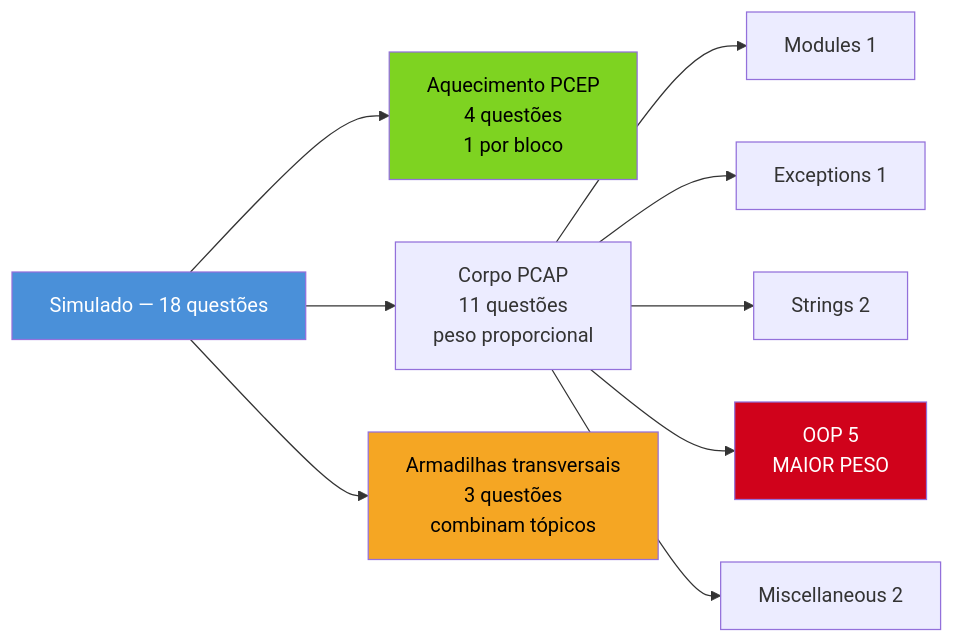
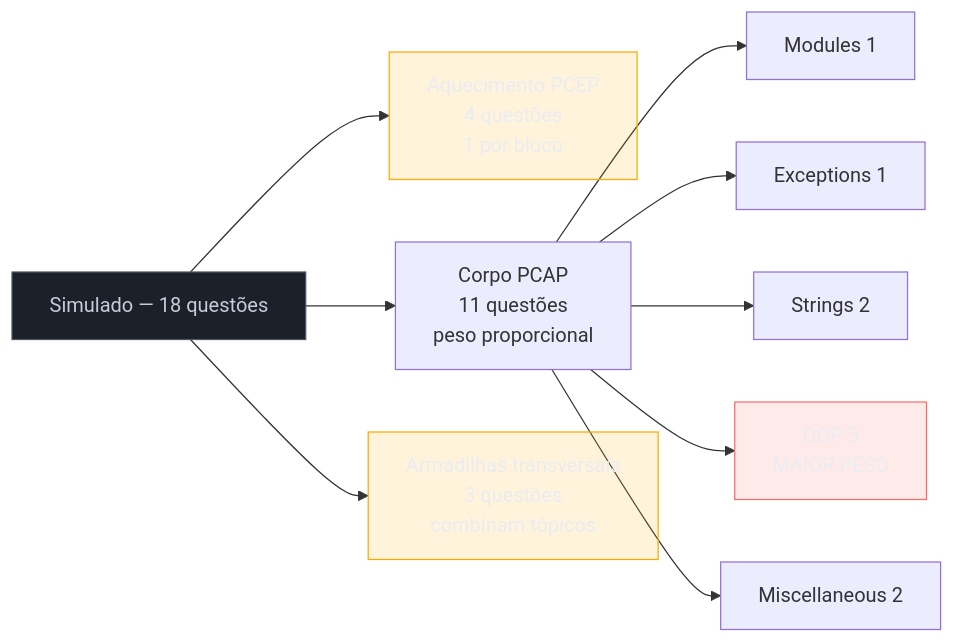
The first of 2 diagrams in 03-Dominios/Tecnologia/Python/Certificação (PCEP-PCAP)/08 - Capstone — simulado comentado PCEP + PCAP.md (josenaldo/codex-technomanticus), drawn with Mermaid before and after one commit. The commit also changed other lines of this file and 1181 other files, not shown here.

First line of the commit message:
fix(diagramas): paleta do sistema no lugar de cor cravada no markdown

````diff
--- a/03-Dominios/Tecnologia/Python/Certificação (PCEP-PCAP)/08 - Capstone — simulado comentado PCEP + PCAP.md
+++ b/03-Dominios/Tecnologia/Python/Certificação (PCEP-PCAP)/08 - Capstone — simulado comentado PCEP + PCAP.md
@@ -27,17 +27,20 @@
 ```mermaid
 flowchart LR
+    classDef neutro fill:#1B2029,stroke:#4E5666,color:#C6CCD8
+    classDef falha fill:#FF6B6B24,stroke:#FF6B6B,color:#E9ECF2
+    classDef destaque fill:#FFAA0024,stroke:#FFAA00,color:#E9ECF2
     SIM["Simulado — 18 questões"] --> PCEP["Aquecimento PCEP<br/>4 questões<br/>1 por bloco"]
     SIM --> PCAP["Corpo PCAP<br/>11 questões<br/>peso proporcional"]
     SIM --> ARM["Armadilhas transversais<br/>3 questões<br/>combinam tópicos"]
 
     PCAP --> M["Modules 1"]
     PCAP --> E["Exceptions 1"]
     PCAP --> S["Strings 2"]
     PCAP --> O["OOP 5<br/>MAIOR PESO"]
     PCAP --> MI["Miscellaneous 2"]
 
-    style SIM fill:#4A90D9,color:#fff
-    style O fill:#D0021B,color:#fff
-    style PCEP fill:#7ED321,color:#000
-    style ARM fill:#F5A623,color:#000
+    class SIM neutro
+    class O falha
+    class PCEP destaque
+    class ARM destaque
 ```
````
